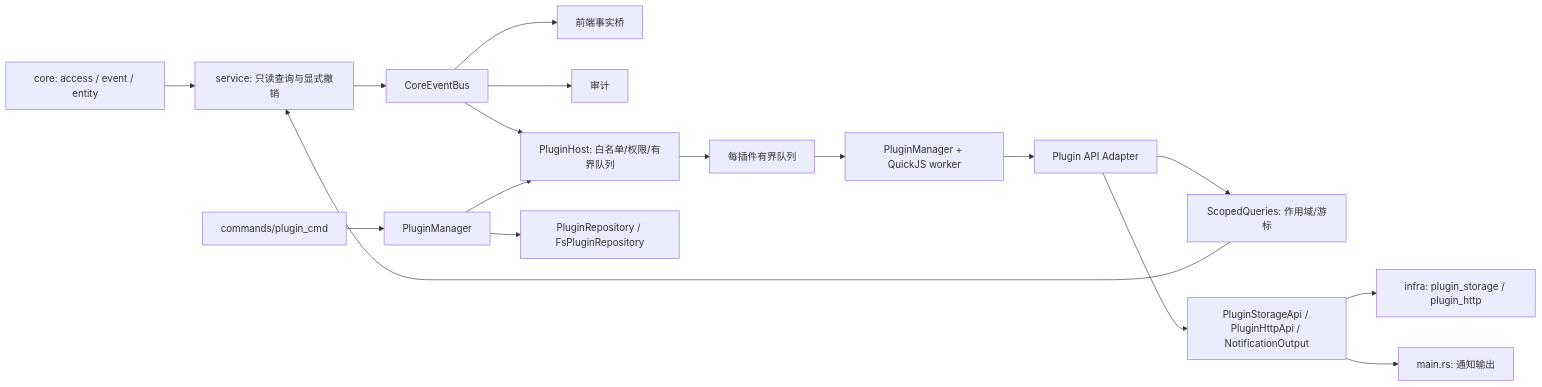
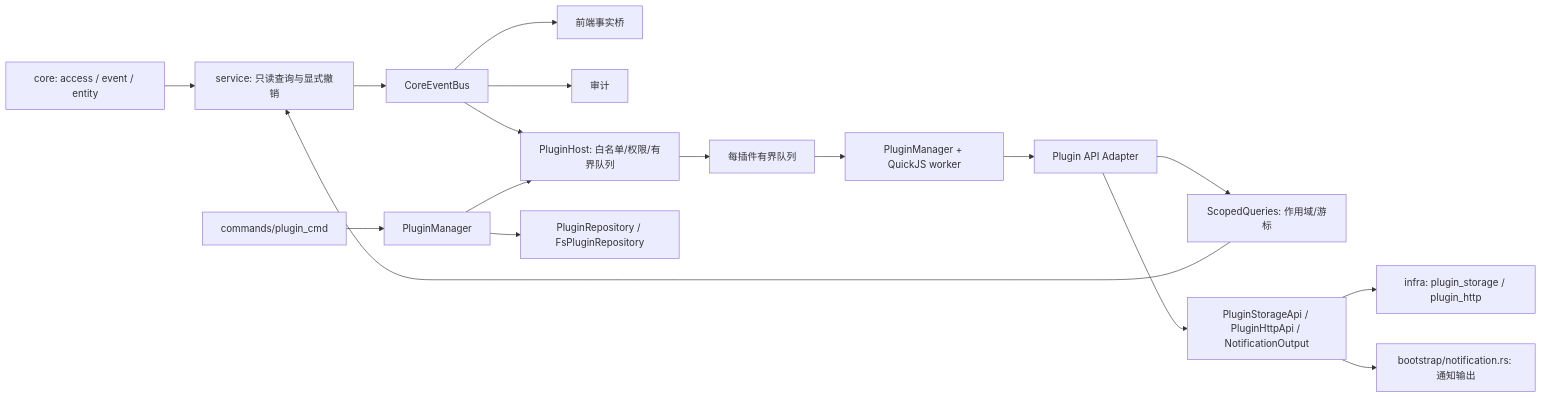
Before and after one commit to dongzhuo375/Hinina: the diagram in doc/plugin/architecture.md, drawn with Mermaid. The commit also changed other lines of this file and 62 other files, not shown here.

````diff
--- a/doc/plugin/architecture.md
+++ b/doc/plugin/architecture.md
@@ -19,18 +19,18 @@
 ```mermaid
 flowchart LR
   Core[core: access / event / entity] --> Service[service: 只读查询与显式撤销]
   Service --> Bus[CoreEventBus]
   Bus --> Frontend[前端事实桥]
   Bus --> Audit[审计]
   Bus --> Host[PluginHost: 白名单/权限/有界队列]
   Host --> Queue[每插件有界队列]
   Queue --> Runtime[PluginManager + QuickJS worker]
   Runtime --> API[Plugin API Adapter]
   API --> Query[ScopedQueries: 作用域/游标]
   Query --> Service
   API --> Ports[PluginStorageApi / PluginHttpApi / NotificationOutput]
-  Ports --> Infra[infra: plugin_storage / plugin_http] & 组合根[main.rs: 通知输出]
+  Ports --> Infra[infra: plugin_storage / plugin_http] & 组合根[bootstrap/notification.rs: 通知输出]
   Command[commands/plugin_cmd] --> Manager[PluginManager]
   Manager --> Host
   Manager --> Repository[PluginRepository / FsPluginRepository]
 ```
````
